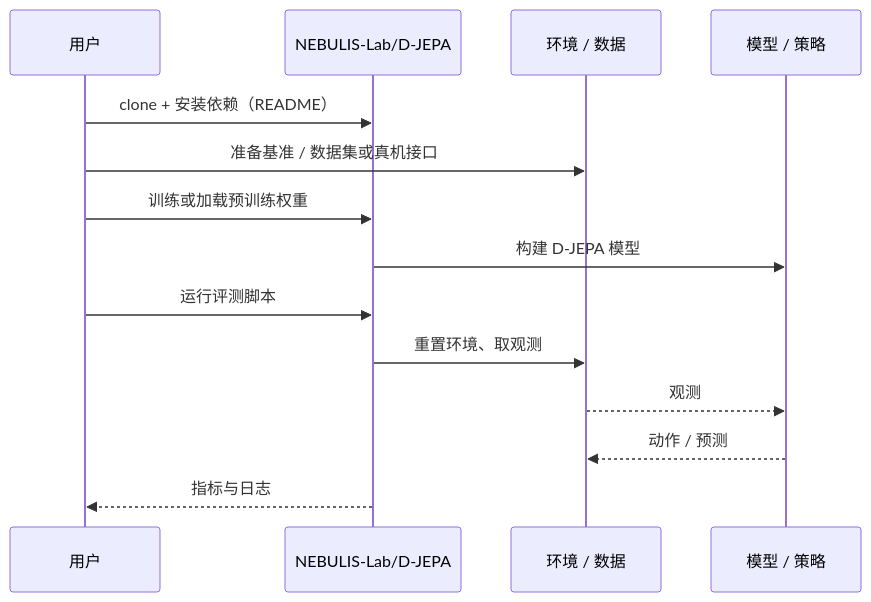
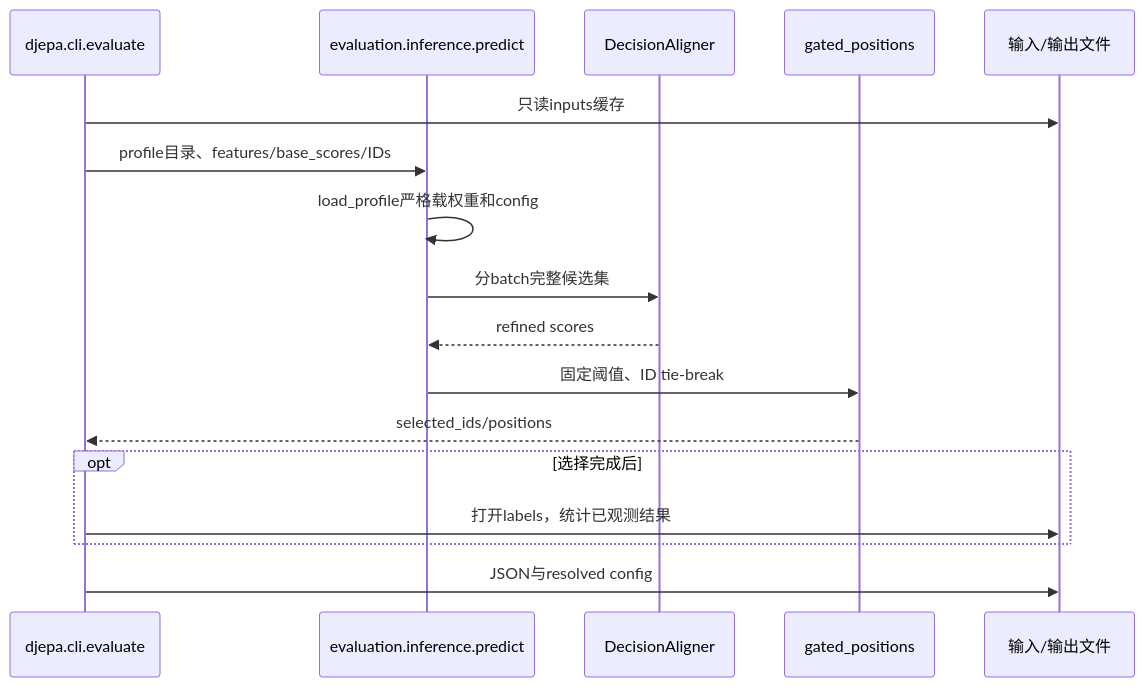
Before and after one commit to ImChong/Robotics_Notebooks: the second of 2 diagrams in wiki/entities/paper-d-jepa-decision-aligned-latent-world-model.md, drawn with Mermaid. The commit also changed other lines of this file and 208 other files, not shown here.

Commit message:
[2026-11-14] ingest | roadmap/depth-wam.md — 补齐 WAM 全部节点原文证据与满分健康度

````diff
--- a/wiki/entities/paper-d-jepa-decision-aligned-latent-world-model.md
+++ b/wiki/entities/paper-d-jepa-decision-aligned-latent-world-model.md
@@ -61,16 +74,19 @@
 ```mermaid
 sequenceDiagram
-  participant U as 用户
-  participant R as NEBULIS-Lab/D-JEPA
-  participant E as 环境 / 数据
-  participant M as 模型 / 策略
-  U->>R: clone + 安装依赖（README）
-  U->>E: 准备基准 / 数据集或真机接口
-  U->>R: 训练或加载预训练权重
-  R->>M: 构建 D-JEPA 模型
-  U->>R: 运行评测脚本
-  R->>E: 重置环境、取观测
-  E-->>M: 观测
-  M-->>E: 动作 / 预测
-  R-->>U: 指标与日志
+  participant E as djepa.cli.evaluate
+  participant I as evaluation.inference.predict
+  participant M as DecisionAligner
+  participant G as gated_positions
+  participant F as 输入/输出文件
+  E->>F: 只读inputs缓存
+  E->>I: profile目录、features/base_scores/IDs
+  I->>I: load_profile严格载权重和config
+  I->>M: 分batch完整候选集
+  M-->>I: refined scores
+  I->>G: 固定阈值、ID tie-break
+  G-->>E: selected_ids/positions
+  opt 选择完成后
+    E->>F: 打开labels，统计已观测结果
+  end
+  E->>F: JSON与resolved config
 ```
````
